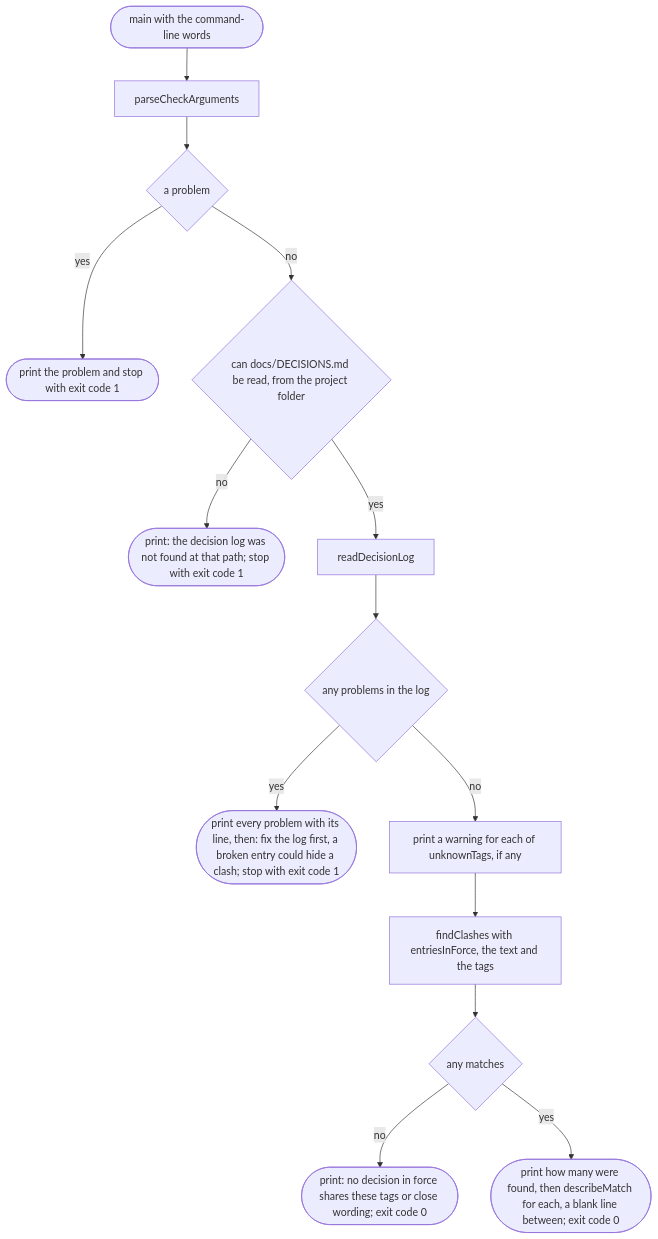
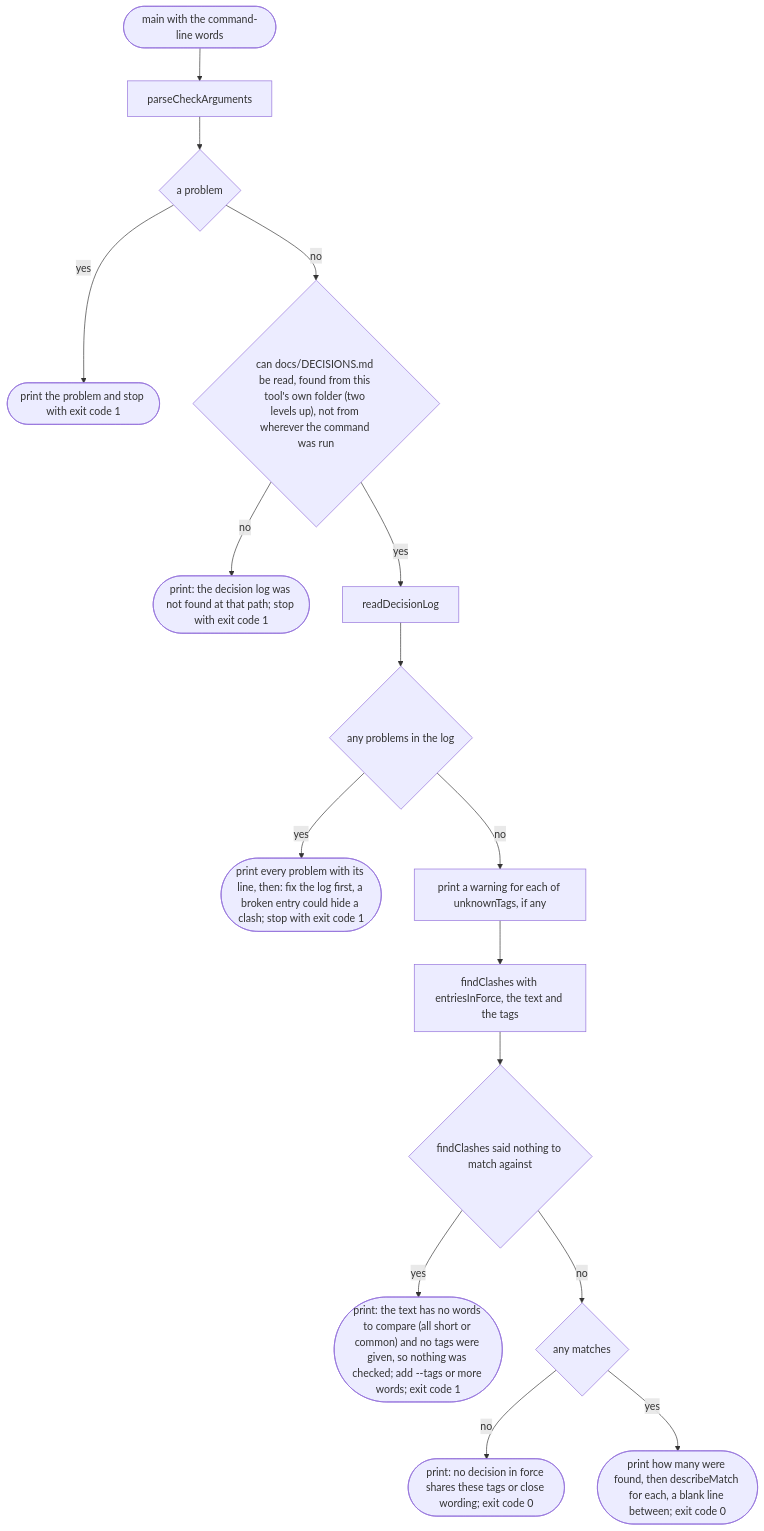
One commit to NewDara-Star/world-engine changed the fourth of 4 diagrams in docs/designs/tools/decisions/cli.md. Above: the diagram before and after it, drawn with Mermaid. The commit also changed other lines of this file and 4 other files, not shown here.

````diff
--- a/docs/designs/tools/decisions/cli.md
+++ b/docs/designs/tools/decisions/cli.md
@@ -79,30 +80,34 @@
 ```mermaid
 flowchart TD
   s(["main with the command-line words"])
   a["parseCheckArguments"]
   b{"a problem"}
   c(["print the problem and stop with exit code 1"])
-  d{"can docs/DECISIONS.md be read, from the project folder"}
+  d{"can docs/DECISIONS.md be read, found from this tool's own folder (two levels up), not from wherever the command was run"}
   e(["print: the decision log was not found at that path; stop with exit code 1"])
   f["readDecisionLog"]
   g{"any problems in the log"}
   h(["print every problem with its line, then: fix the log first, a broken entry could hide a clash; stop with exit code 1"])
   i["print a warning for each of unknownTags, if any"]
   j["findClashes with entriesInForce, the text and the tags"]
+  n{"findClashes said nothing to match against"}
+  o(["print: the text has no words to compare (all short or common) and no tags were given, so nothing was checked; add --tags or more words; exit code 1"])
   k{"any matches"}
   l(["print: no decision in force shares these tags or close wording; exit code 0"])
   m(["print how many were found, then describeMatch for each, a blank line between; exit code 0"])
   s --> a
   a --> b
   b -->|"yes"| c
   b -->|"no"| d
   d -->|"no"| e
   d -->|"yes"| f
   f --> g
   g -->|"yes"| h
   g -->|"no"| i
   i --> j
-  j --> k
+  j --> n
+  n -->|"yes"| o
+  n -->|"no"| k
   k -->|"no"| l
   k -->|"yes"| m
 ```
````
